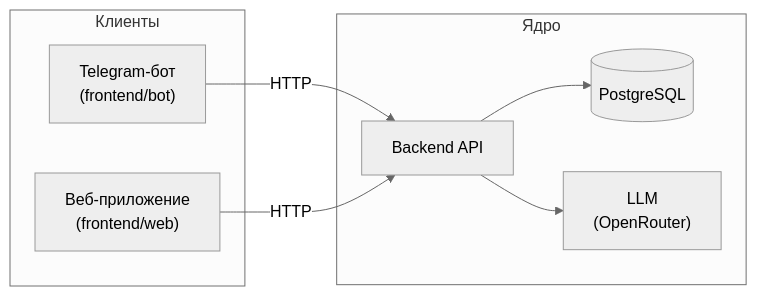
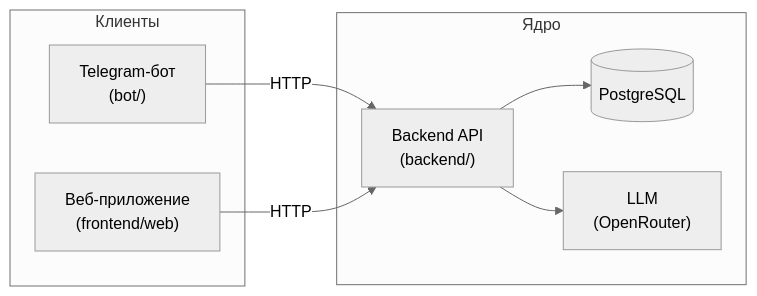
The diagram in README.md (apfisenko/llmstart-fullstack-live), drawn with Mermaid (neutral theme) before and after one commit. The commit also changed other lines of this file and 33 other files, not shown here.

````diff
--- a/README.md
+++ b/README.md
@@ -15,16 +15,16 @@
 ```mermaid
 flowchart LR
   subgraph clients["Клиенты"]
-    TG["Telegram-бот\n(frontend/bot)"]
+    TG["Telegram-бот\n(bot/)"]
     WEB["Веб-приложение\n(frontend/web)"]
   end
   subgraph core["Ядро"]
-    BE["Backend API"]
+    BE["Backend API\n(backend/)"]
     DB[("PostgreSQL")]
     LLM["LLM\n(OpenRouter)"]
   end
   TG -->|HTTP| BE
   WEB -->|HTTP| BE
   BE --> DB
   BE --> LLM
 ```
````
